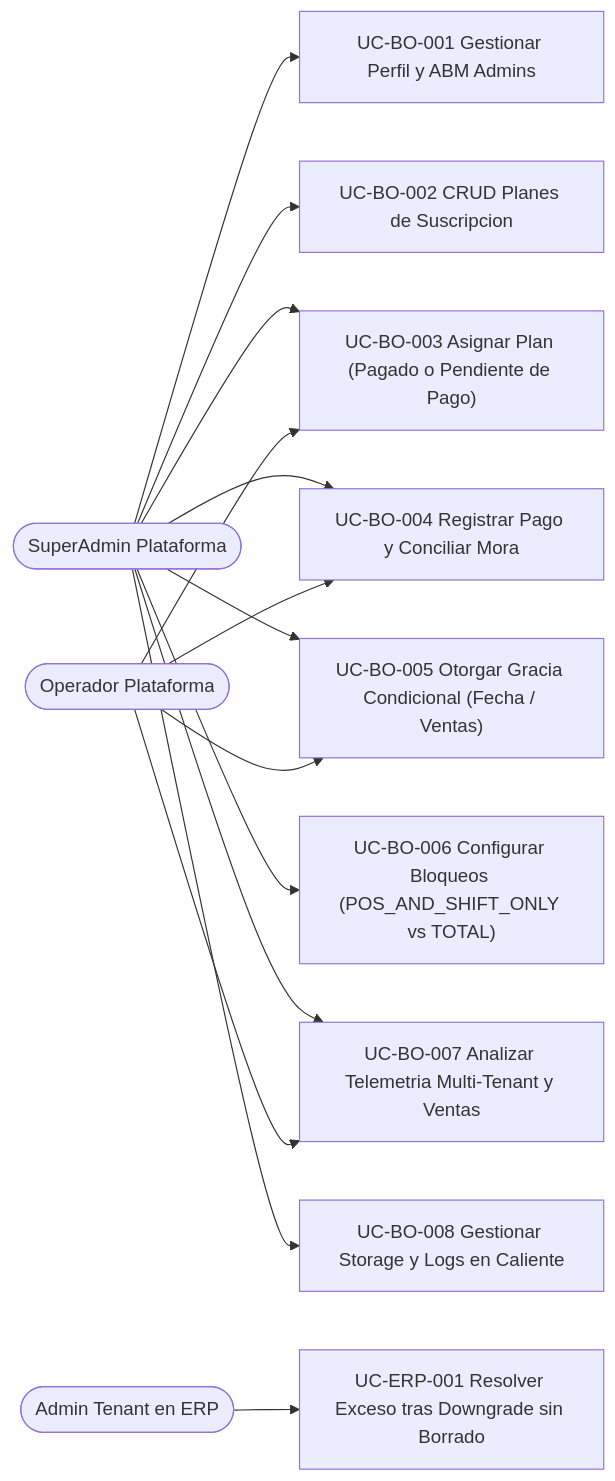
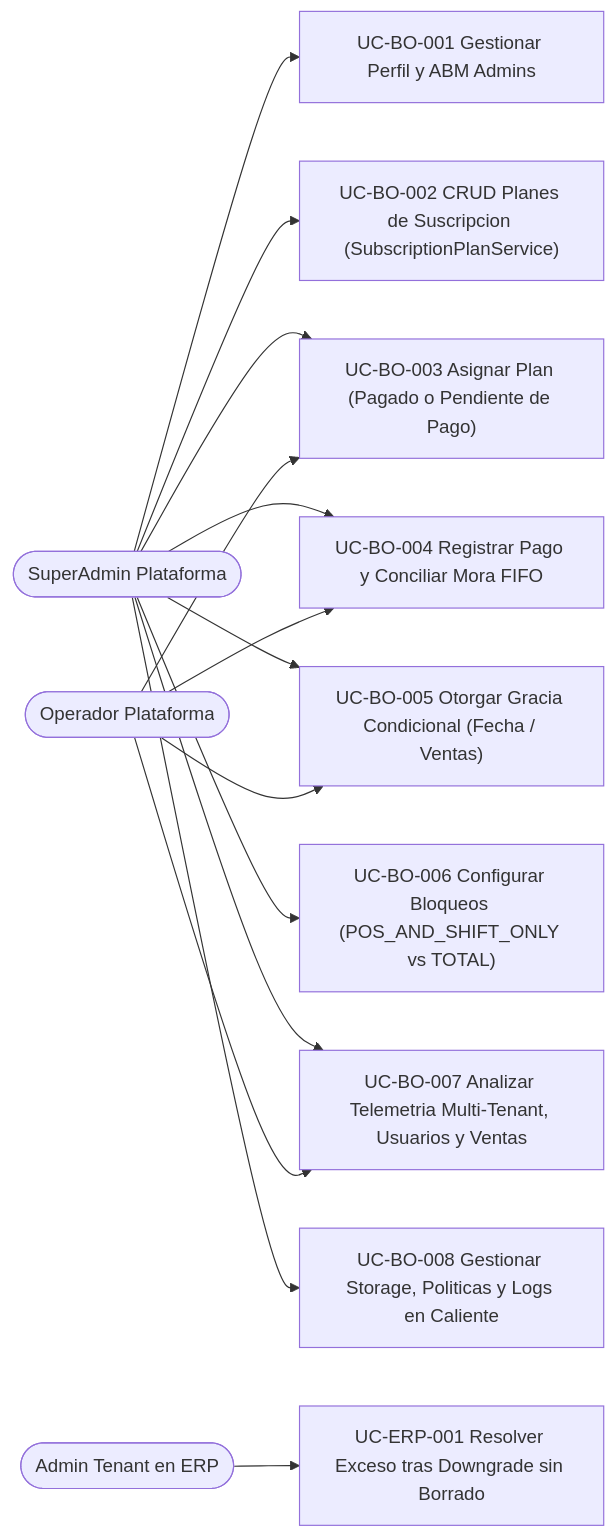
Before and after one commit to vakajose/gestion-restaurante: the diagram in docs/backoffice/architecture/use_cases_backoffice.md, drawn with Mermaid. The commit also changed other lines of this file and 156 other files, not shown here.

````diff
--- a/docs/backoffice/architecture/use_cases_backoffice.md
+++ b/docs/backoffice/architecture/use_cases_backoffice.md
@@ -20,30 +20,30 @@
 ```mermaid
 flowchart LR
     SA(["SuperAdmin Plataforma"])
     OP(["Operador Plataforma"])
     AT(["Admin Tenant en ERP"])
 
     UC1["UC-BO-001 Gestionar Perfil y ABM Admins"]
-    UC2["UC-BO-002 CRUD Planes de Suscripcion"]
+    UC2["UC-BO-002 CRUD Planes de Suscripcion (SubscriptionPlanService)"]
     UC3["UC-BO-003 Asignar Plan (Pagado o Pendiente de Pago)"]
-    UC4["UC-BO-004 Registrar Pago y Conciliar Mora"]
+    UC4["UC-BO-004 Registrar Pago y Conciliar Mora FIFO"]
     UC5["UC-BO-005 Otorgar Gracia Condicional (Fecha / Ventas)"]
     UC6["UC-BO-006 Configurar Bloqueos (POS_AND_SHIFT_ONLY vs TOTAL)"]
-    UC7["UC-BO-007 Analizar Telemetria Multi-Tenant y Ventas"]
-    UC8["UC-BO-008 Gestionar Storage y Logs en Caliente"]
+    UC7["UC-BO-007 Analizar Telemetria Multi-Tenant, Usuarios y Ventas"]
+    UC8["UC-BO-008 Gestionar Storage, Politicas y Logs en Caliente"]
     UC9["UC-ERP-001 Resolver Exceso tras Downgrade sin Borrado"]
 
     SA --> UC1
     SA --> UC2
     SA --> UC3
     SA --> UC4
     SA --> UC5
     SA --> UC6
     SA --> UC7
     SA --> UC8
     OP --> UC3
     OP --> UC4
     OP --> UC5
     OP --> UC7
     AT --> UC9
 ```
````
